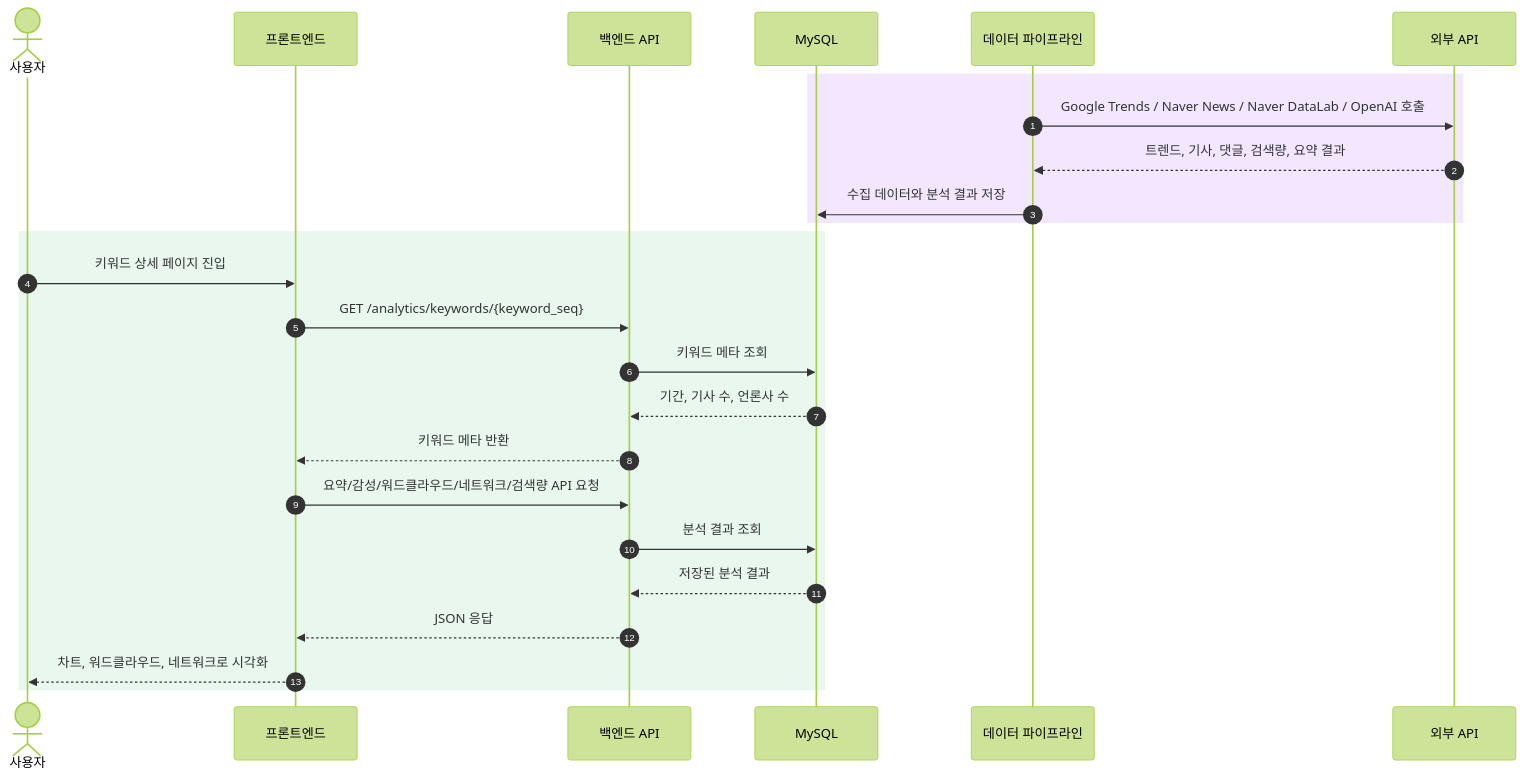
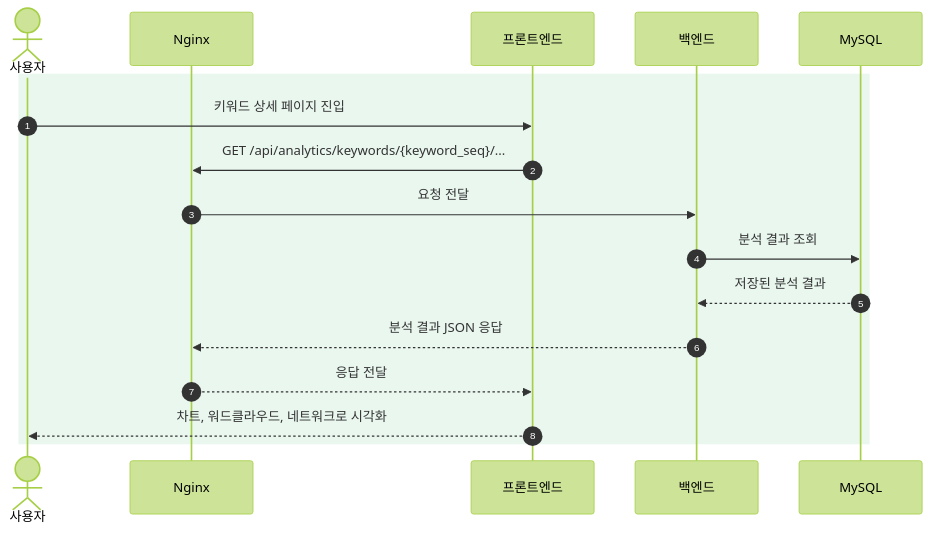
Before and after one commit to sssat/graduation-project: the fourth of 5 diagrams in docs/architecture-draft.md, drawn with Mermaid (forest theme). The commit also changed other lines of this file, not shown here.

````diff
--- a/docs/architecture-draft.md
+++ b/docs/architecture-draft.md
@@ -182,30 +181,20 @@
 ```mermaid
 sequenceDiagram
   autonumber
   actor U as 사용자
+  participant N as Nginx
   participant F as 프론트엔드
-  participant B as 백엔드 API
+  participant B as 백엔드
   participant D as MySQL
-  participant P as 데이터 파이프라인
-  participant E as 외부 API
-
-  rect rgb(242, 231, 254)
-  P->>E: Google Trends / Naver News / Naver DataLab / OpenAI 호출
-  E-->>P: 트렌드, 기사, 댓글, 검색량, 요약 결과
-  P->>D: 수집 데이터와 분석 결과 저장
-  end
 
   rect rgb(233, 247, 239)
   U->>F: 키워드 상세 페이지 진입
-  F->>B: GET /analytics/keywords/{keyword_seq}
-  B->>D: 키워드 메타 조회
-  D-->>B: 기간, 기사 수, 언론사 수
-  B-->>F: 키워드 메타 반환
-
-  F->>B: 요약/감성/워드클라우드/네트워크/검색량 API 요청
+  F->>N: GET /api/analytics/keywords/{keyword_seq}/...
+  N->>B: 요청 전달
   B->>D: 분석 결과 조회
   D-->>B: 저장된 분석 결과
-  B-->>F: JSON 응답
+  B-->>N: 분석 결과 JSON 응답
+  N-->>F: 응답 전달
   F-->>U: 차트, 워드클라우드, 네트워크로 시각화
   end
 ```
````
